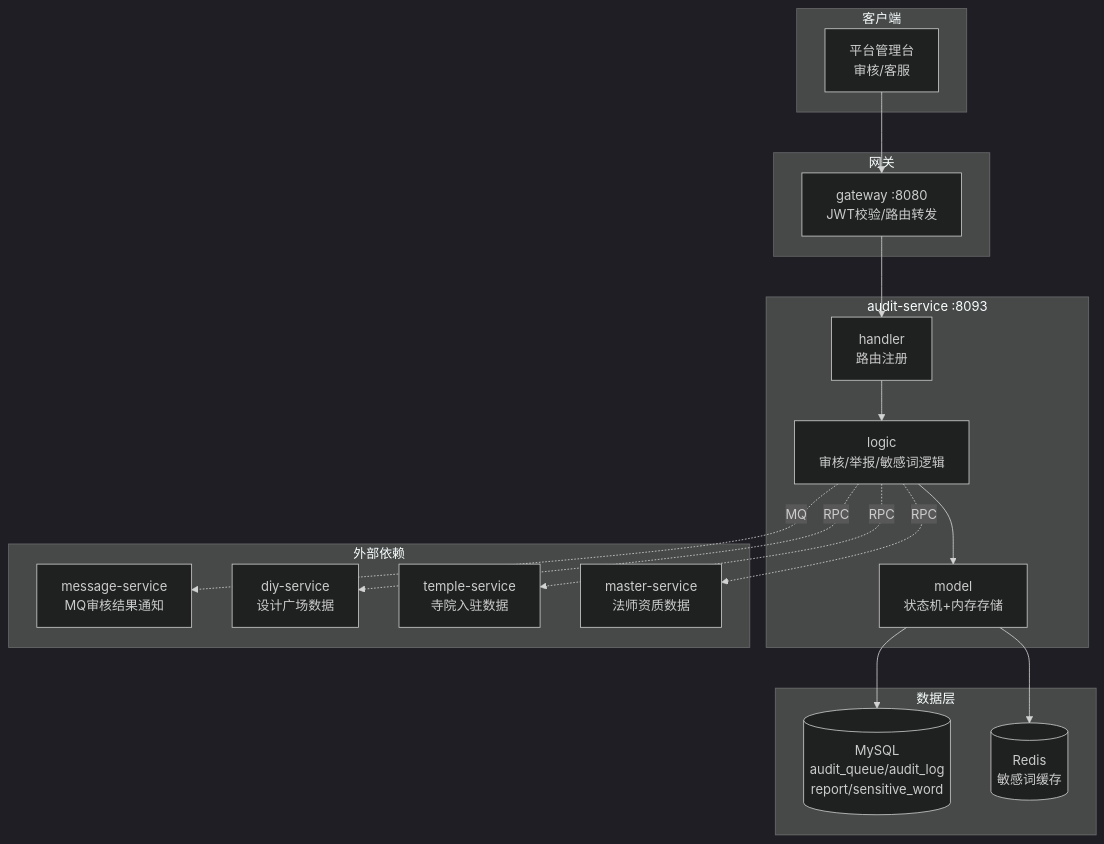
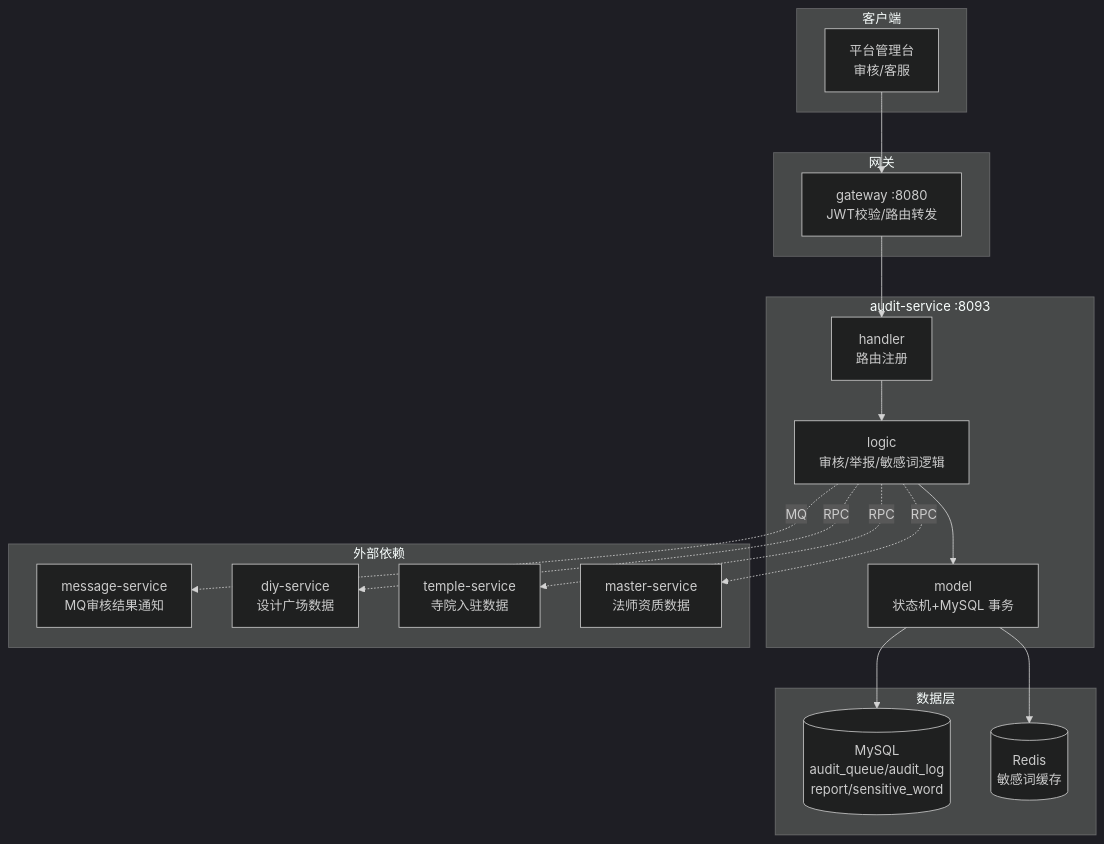
The diagram in docs/architecture/services/审核服务.md (askxuan-dongfang/askxuan-docs), drawn with Mermaid (dark theme) before and after one commit. The commit also changed 11 other files, not shown here.

````diff
--- a/docs/architecture/services/审核服务.md
+++ b/docs/architecture/services/审核服务.md
@@ -28,39 +28,39 @@
 ```mermaid
 graph TB
     subgraph 客户端
         PLATFORM["平台管理台<br/>审核/客服"]
     end
 
     subgraph 网关
         GW["gateway :8080<br/>JWT校验/路由转发"]
     end
 
     subgraph audit-service["audit-service :8093"]
         HANDLER["handler<br/>路由注册"]
         LOGIC["logic<br/>审核/举报/敏感词逻辑"]
-        MODEL["model<br/>状态机+内存存储"]
+        MODEL["model<br/>状态机+MySQL 事务"]
     end
 
     subgraph 数据层
         MYSQL[("MySQL<br/>audit_queue/audit_log<br/>report/sensitive_word")]
         REDIS[("Redis<br/>敏感词缓存")]
     end
 
     subgraph 外部依赖
         MSG["message-service<br/>MQ审核结果通知"]
         DIY["diy-service<br/>设计广场数据"]
         TEMPLE["temple-service<br/>寺院入驻数据"]
         MASTER["master-service<br/>法师资质数据"]
     end
 
     PLATFORM --> GW
     GW --> HANDLER
     HANDLER --> LOGIC
     LOGIC --> MODEL
     MODEL --> MYSQL
     MODEL --> REDIS
     LOGIC -.MQ.-> MSG
     LOGIC -.RPC.-> DIY
     LOGIC -.RPC.-> TEMPLE
     LOGIC -.RPC.-> MASTER
 ```
````
